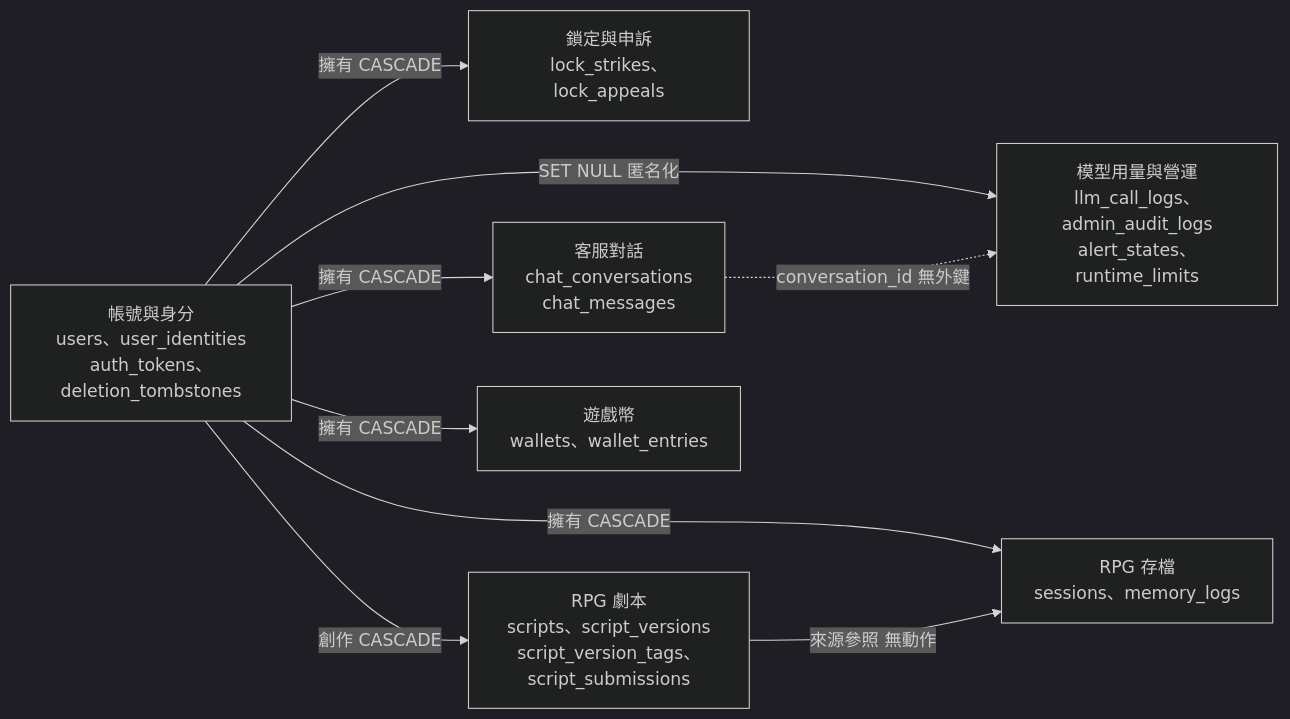
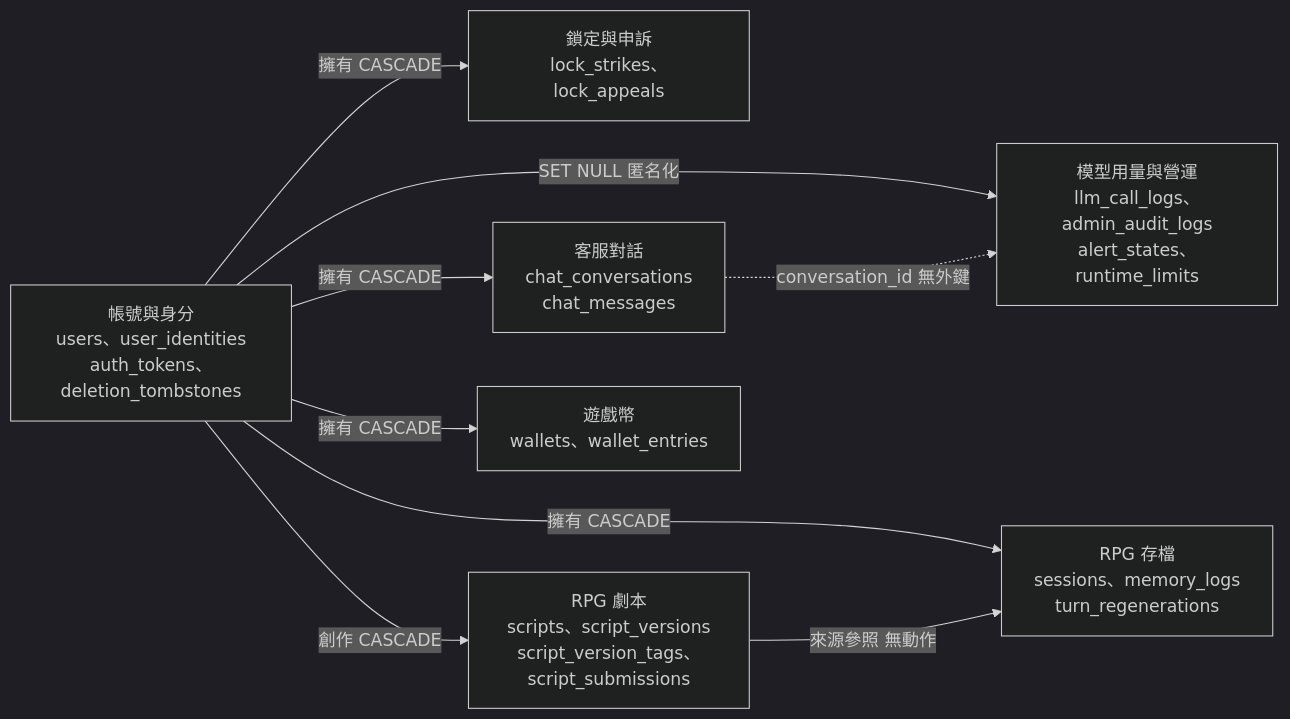
Before and after one commit to pp466pp466/R.A.C: the first of 11 diagrams in docs/project資料結構文件.md, drawn with Mermaid (dark theme). The commit also changed other lines of this file and 14 other files, not shown here.

First line of the commit message:
rpg-turn-revision 批次①：修訂欄位、回饋表、遷移 0018、免費重新生成設定與日誌事件

````diff
--- a/docs/project資料結構文件.md
+++ b/docs/project資料結構文件.md
@@ -31,18 +33,18 @@
 ```mermaid
 flowchart LR
     U["帳號與身分<br/>users、user_identities<br/>auth_tokens、deletion_tombstones"]
     L["鎖定與申訴<br/>lock_strikes、lock_appeals"]
     C["客服對話<br/>chat_conversations<br/>chat_messages"]
     O["模型用量與營運<br/>llm_call_logs、admin_audit_logs<br/>alert_states、runtime_limits"]
     S["RPG 劇本<br/>scripts、script_versions<br/>script_version_tags、script_submissions"]
-    G["RPG 存檔<br/>sessions、memory_logs"]
+    G["RPG 存檔<br/>sessions、memory_logs<br/>turn_regenerations"]
     W["遊戲幣<br/>wallets、wallet_entries"]
     U -->|"擁有 CASCADE"| L
     U -->|"擁有 CASCADE"| C
     U -->|"SET NULL 匿名化"| O
     U -->|"創作 CASCADE"| S
     U -->|"擁有 CASCADE"| G
     U -->|"擁有 CASCADE"| W
     S -->|"來源參照 無動作"| G
     C -.->|"conversation_id 無外鍵"| O
 ```
````
